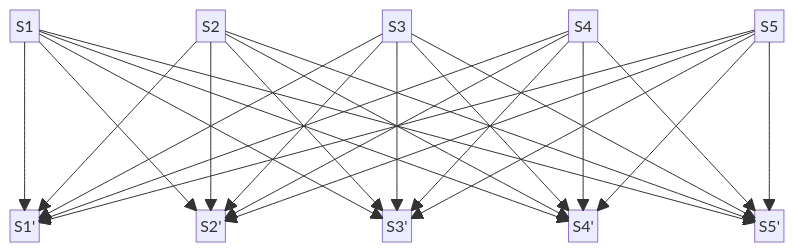
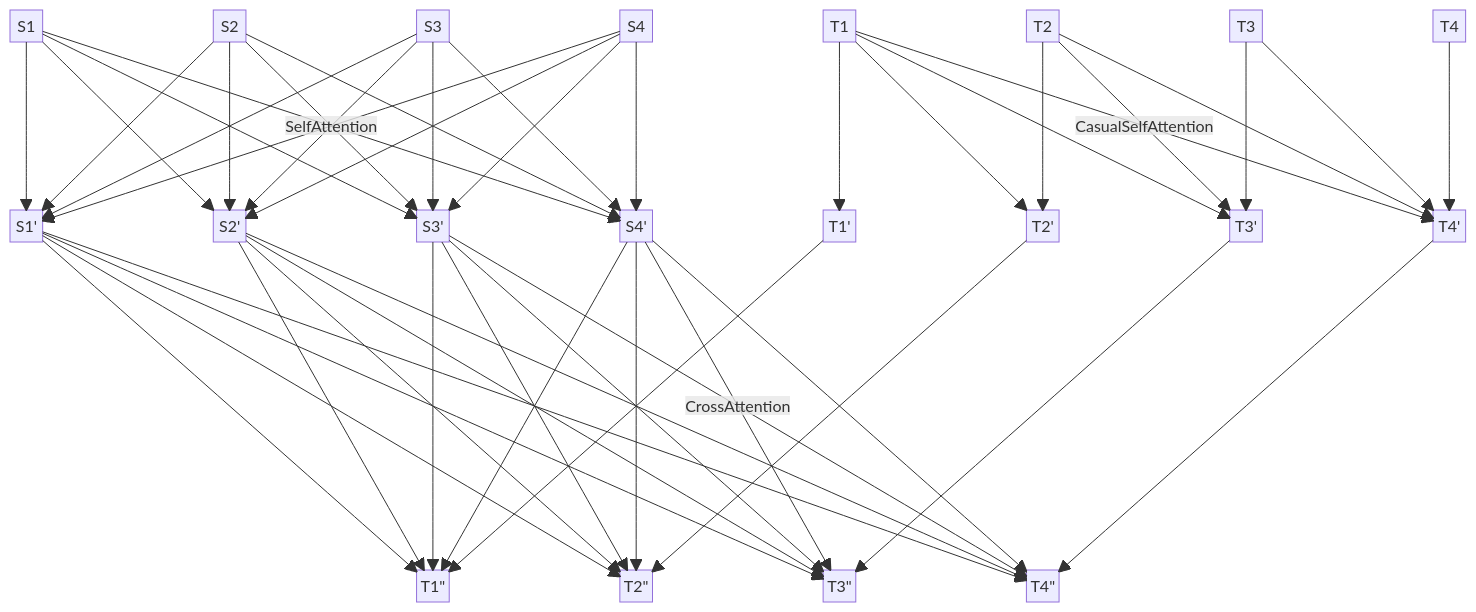
The second of 2 diagrams in README.md (ngolin/AttentionIsAllYouNeed), drawn with Mermaid before and after one commit. The commit also changed other lines of this file, not shown here.

Commit message:
update block chart

````diff
--- a/README.md
+++ b/README.md
@@ -132,47 +132,91 @@
 ```mermaid
 block
-columns 21
+columns 36
   S1 space:4
   S2 space:4
   S3 space:4
   S4 space:4
-  S5
+  T1 space:4
+  T2 space:4
+  T3 space:4
+  T4
 
-  space:84
+  space:144
 
   S1' space:4
   S2' space:4
   S3' space:4
   S4' space:4
-  S5'
+  T1' space:4
+  T2' space:4
+  T3' space:4
+  T4'
+
+  space:288
+
+  space:10
+  T1" space:4
+  T2" space:4
+  T3" space:4
+  T4"
+
+
 
   S1 --> S1'
   S2 --> S1'
   S3 --> S1'
   S4 --> S1'
-  S5 --> S1'
 
   S1 --> S2'
   S2 --> S2'
   S3 --> S2'
   S4 --> S2'
-  S5 --> S2'
 
   S1 --> S3'
   S2 --> S3'
   S3 --> S3'
   S4 --> S3'
-  S5 --> S3'
 
-  S1 --> S4'
+  S1 --"SelfAttention"--> S4'
   S2 --> S4'
   S3 --> S4'
   S4 --> S4'
-  S5 --> S4'
 
-  S1 --> S5'
-  S2 --> S5'
-  S3 --> S5'
-  S4 --> S5'
-  S5 --> S5'
+  T1 --> T1'
+
+  T1 --> T2'
+  T2 --> T2'
+
+  T1 --> T3'
+  T2 --> T3'
+  T3 --> T3'
+
+  T1 --"CasualSelfAttention"--> T4'
+  T2 --> T4'
+  T3 --> T4'
+  T4 --> T4'
+
+  S1' --> T1"
+  S2' --> T1"
+  S3' --> T1"
+  S4' --> T1"
+  T1' --> T1"
+
+  S1' --> T2"
+  S2' --> T2"
+  S3' --> T2"
+  S4' --> T2"
+  T2' --> T2"
+
+  S1' --> T3"
+  S2' --> T3"
+  S3' --> T3"
+  S4' --> T3"
+  T3' --> T3"
+
+  S1' --> T4"
+  S2' --> T4"
+  S3' --"CrossAttention"--> T4"
+  S4' --> T4"
+  T4' --> T4"
 ```
````
